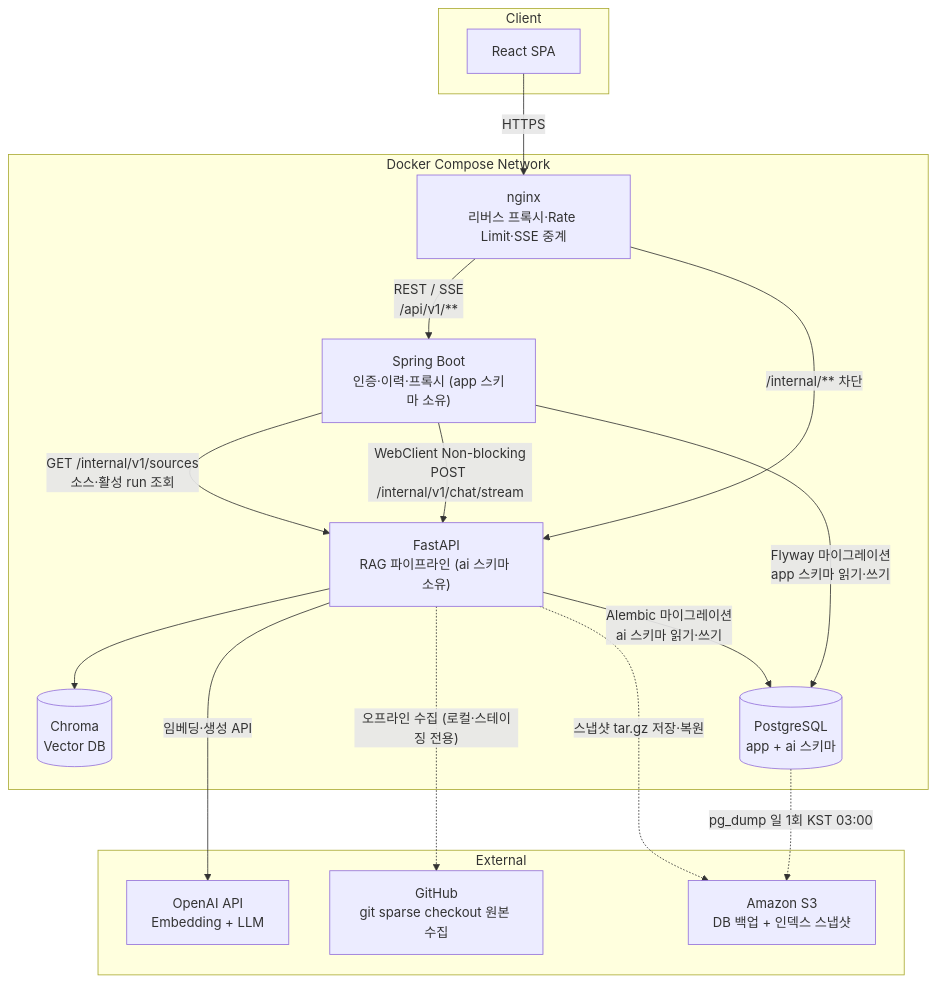
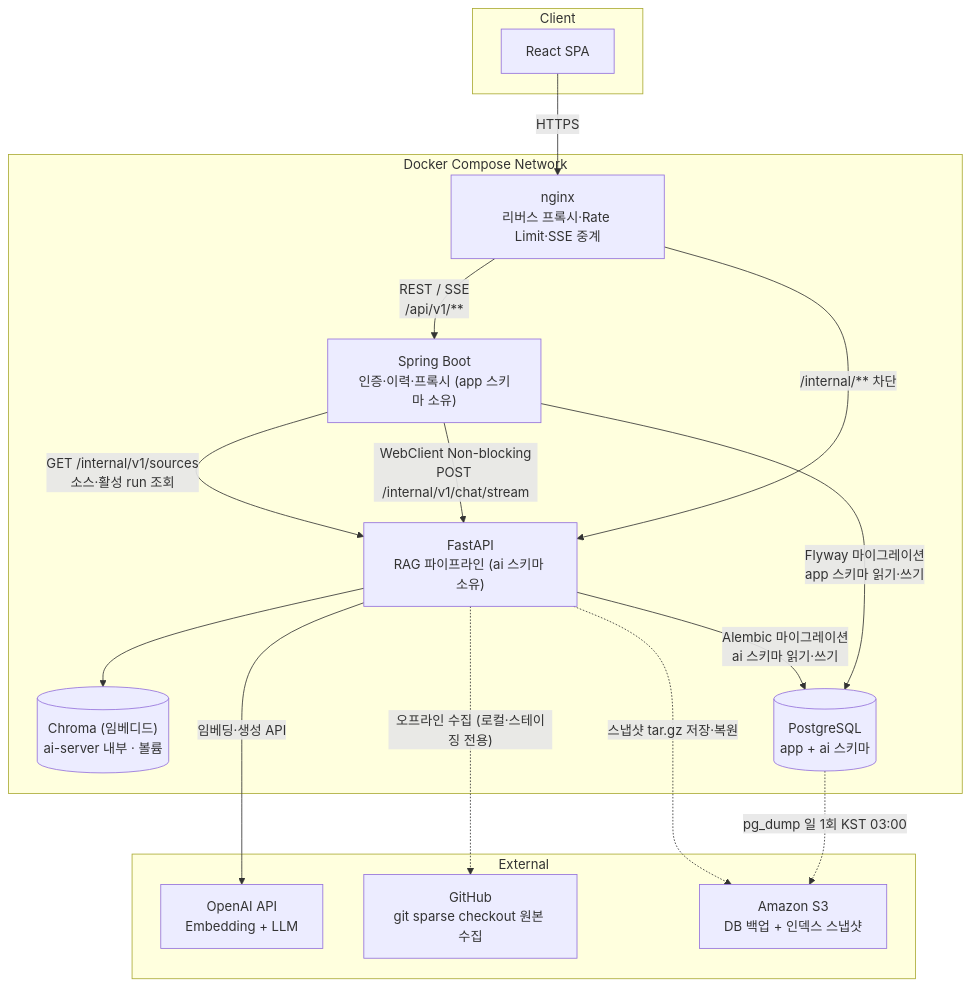
One commit to r1nn-dev/contextq-rag changed the first of 12 diagrams in docs/architecture/diagrams.md. Above: the diagram before and after it, drawn with Mermaid. The commit also changed other lines of this file and 10 other files, not shown here.

````diff
--- a/docs/architecture/diagrams.md
+++ b/docs/architecture/diagrams.md
@@ -29,33 +29,33 @@
 ```mermaid
 graph TB
     subgraph Client
         FE[React SPA]
     end
 
     subgraph "Docker Compose Network"
         N[nginx\n리버스 프록시·Rate Limit·SSE 중계]
         BE["Spring Boot\n인증·이력·프록시 (app 스키마 소유)"]
         AI["FastAPI\nRAG 파이프라인 (ai 스키마 소유)"]
-        VDB[("Chroma\nVector DB")]
+        VDB[("Chroma (임베디드)\nai-server 내부 · 볼륨")]
         RDB[("PostgreSQL\napp + ai 스키마")]
     end
 
     subgraph External
         OAI["OpenAI API\nEmbedding + LLM"]
         GH["GitHub\ngit sparse checkout 원본 수집"]
         S3["Amazon S3\nDB 백업 + 인덱스 스냅샷"]
     end
 
     FE -->|"HTTPS"| N
     N -->|"REST / SSE\n/api/v1/**"| BE
     N -->|"/internal/** 차단"| AI
     BE -->|"WebClient Non-blocking\nPOST /internal/v1/chat/stream"| AI
     BE -->|"Flyway 마이그레이션\napp 스키마 읽기·쓰기"| RDB
     AI -->|"Alembic 마이그레이션\nai 스키마 읽기·쓰기"| RDB
     BE -->|"GET /internal/v1/sources\n소스·활성 run 조회"| AI
     AI --> VDB
     AI -->|"임베딩·생성 API"| OAI
     AI -.->|"오프라인 수집 (로컬·스테이징 전용)"| GH
     RDB -.->|"pg_dump 일 1회 KST 03:00"| S3
     AI -.->|"스냅샷 tar.gz 저장·복원"| S3
 ```
````
